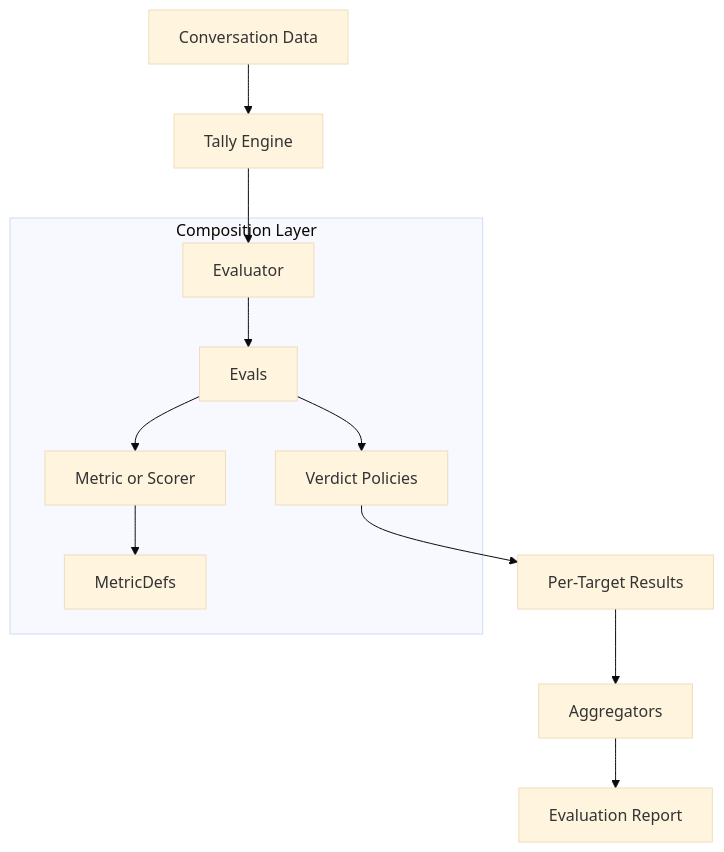
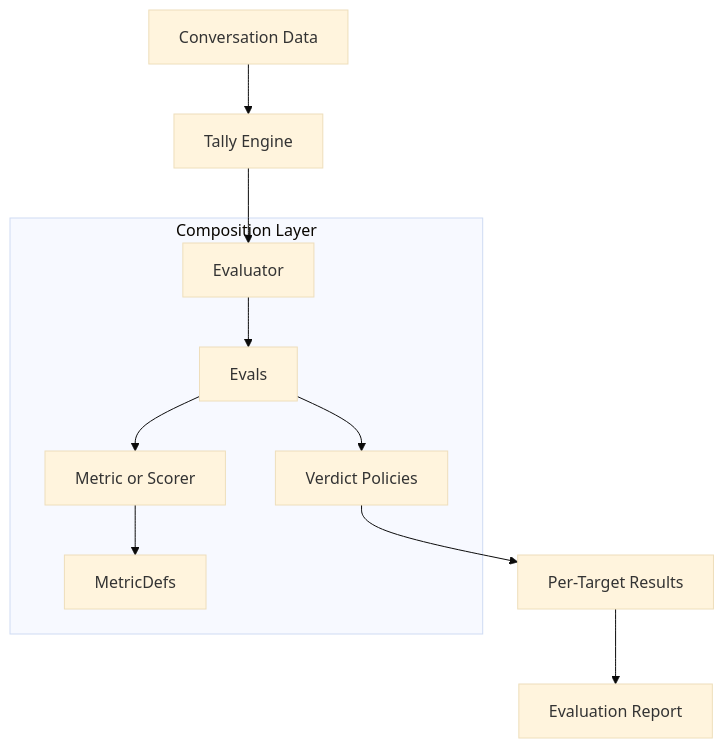
The diagram in apps/docs/content/docs/tally/concepts.mdx (tally-evals/tally), drawn with Mermaid (base theme) before and after one commit. The commit also changed other lines of this file and 15 other files, not shown here.

````diff
--- a/apps/docs/content/docs/tally/concepts.mdx
+++ b/apps/docs/content/docs/tally/concepts.mdx
@@ -212,16 +195,15 @@
 ```mermaid
 graph TD
     Data[Conversation Data] --> Engine[Tally Engine]
     Engine --> Evaluator[Evaluator]
     
     subgraph "Composition Layer"
         Evaluator --> Evals[Evals]
         Evals --> Verdicts[Verdict Policies]
         Evals --> Logic[Metric or Scorer]
         Logic --> RawMetrics[MetricDefs]
     end
 
     Verdicts --> Results[Per-Target Results]
-    Results --> Aggregators[Aggregators]
-    Aggregators --> Report[Evaluation Report]
+    Results --> Report[Evaluation Report]
 ```
````
